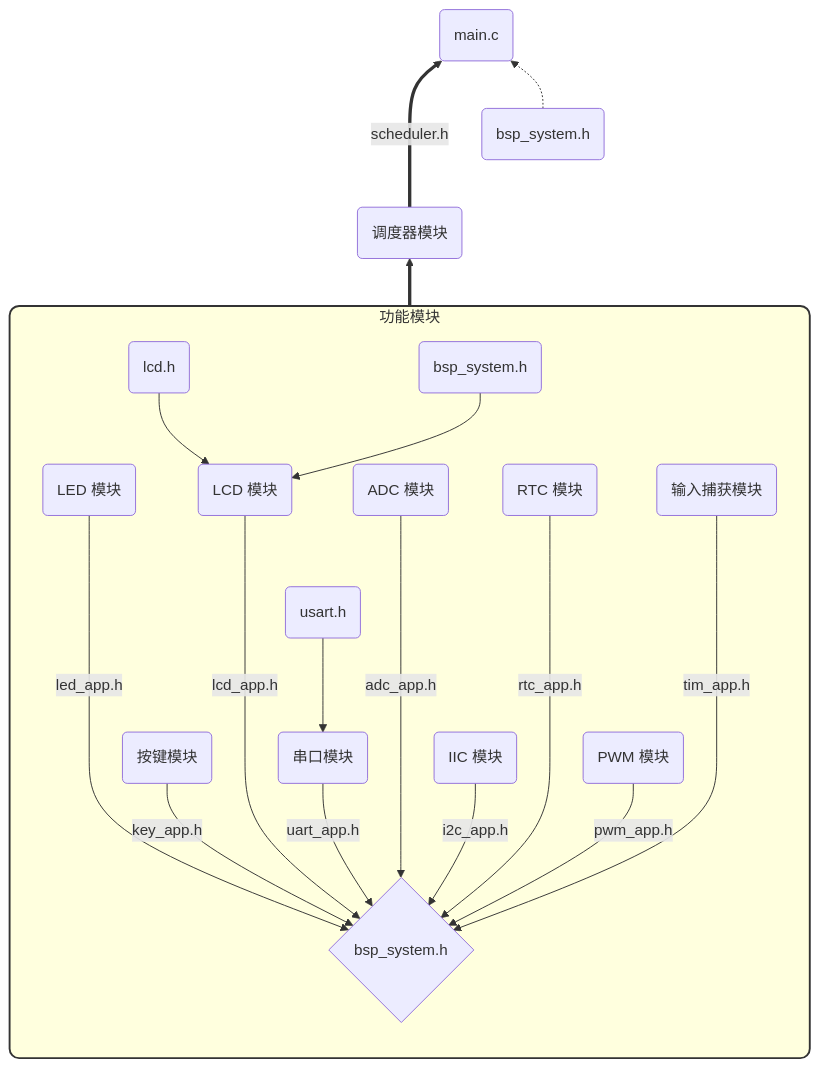
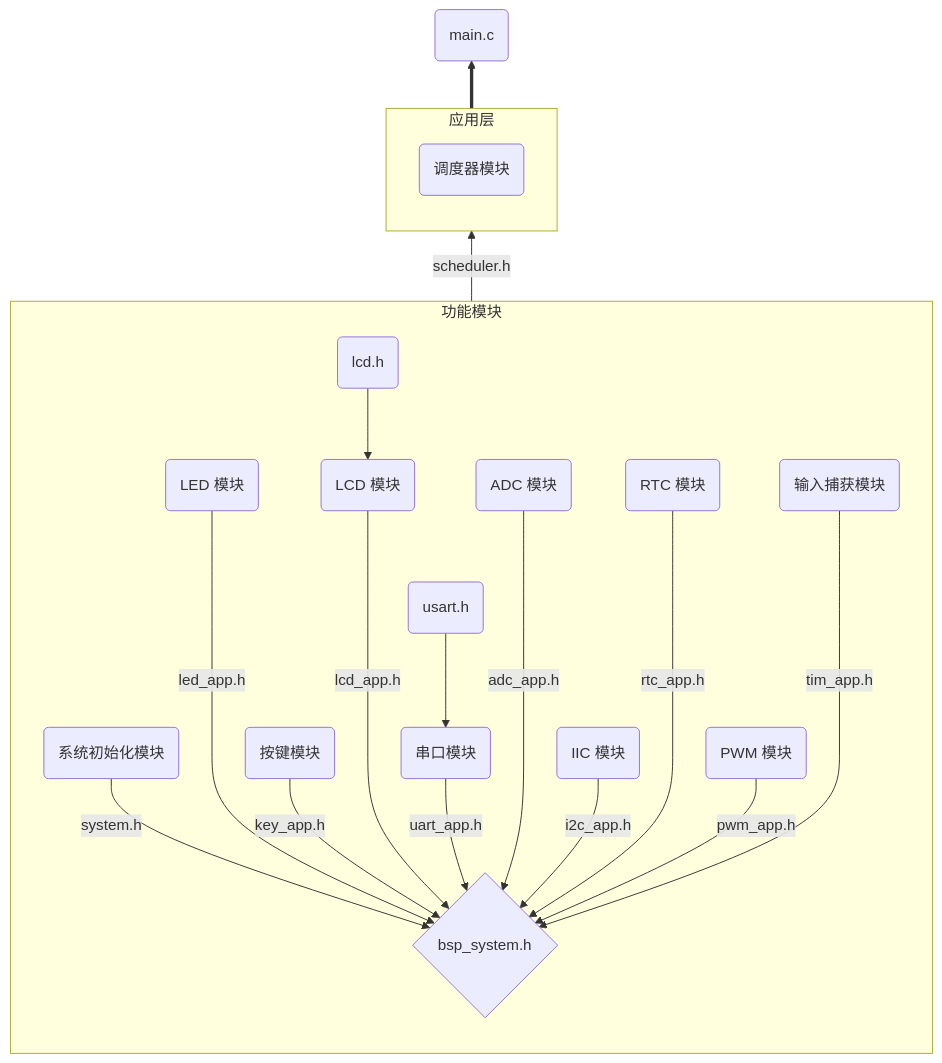
The diagram in Template/Project.md (rsecss/lq-hal), drawn with Mermaid before and after one commit. The commit also changed other lines of this file, not shown here.

````diff
--- a/Template/Project.md
+++ b/Template/Project.md
@@ -20,29 +20,30 @@
 ```mermaid
 %% 上下结构 
 graph BT
     B{bsp_system.h}
 
     %% 定义功能模块的内容
     subgraph 功能模块
         direction TB
+        A0(系统初始化模块) --system.h-->B 
         A1(LED 模块) --led_app.h----> B
         A2(按键模块) --key_app.h--> B
         A3(LCD 模块) --lcd_app.h----> B
         A4(串口模块) --uart_app.h--> B
         A5(ADC 模块) --adc_app.h----> B
         A6(IIC 模块) --i2c_app.h--> B
         A7(RTC 模块) --rtc_app.h----> B
         A8(PWM 模块) --pwm_app.h--> B
         A9(输入捕获模块) --tim_app.h----> B
 
         A31(lcd.h) --> A3
-        A32(bsp_system.h) --> A3
         A41(usart.h) --> A4
     end
-    
-    B ==> C(调度器模块)
-    C ==scheduler.h===> D(main.c)
-    E(bsp_system.h) -.-> D(main.c)
+    subgraph 应用层
+    direction TB
+        B --scheduler.h--> C(调度器模块)
 
-    style 功能模块 stroke:#333,stroke-width:2px,rx:10,ry:10
+    end
+
+    C ==> D(main.c)
 ```
````
